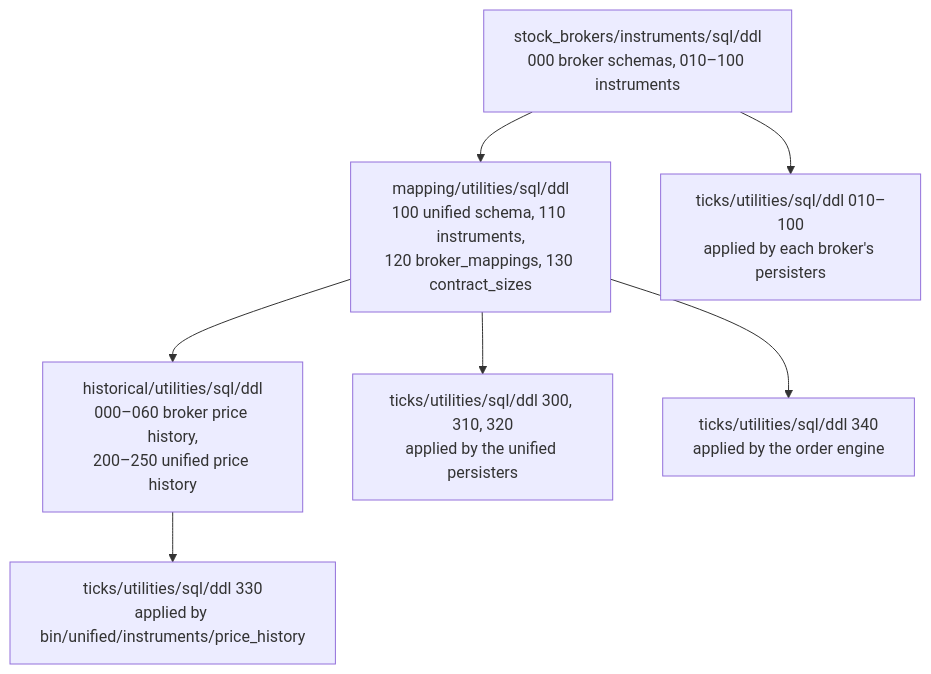
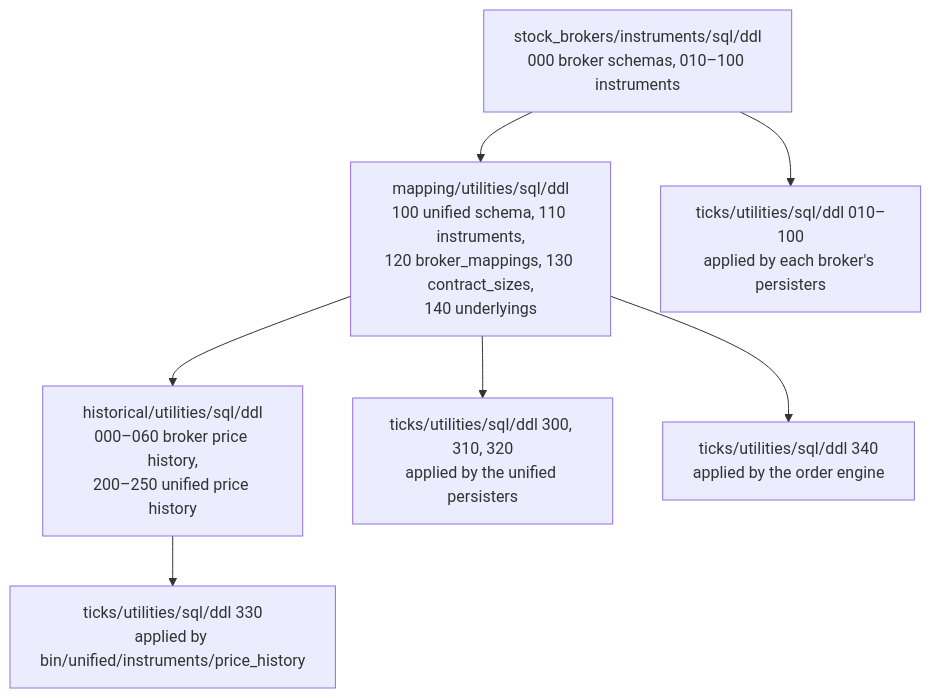
Before and after one commit to pramodathani/unified_broker_interface: the third of 3 diagrams in docs/architecture/database.md, drawn with Mermaid. The commit also changed other lines of this file and 13 other files, not shown here.

````diff
--- a/docs/architecture/database.md
+++ b/docs/architecture/database.md
@@ -269,9 +280,9 @@
 ```mermaid
 flowchart TD
-    A["stock_brokers/instruments/sql/ddl<br/>000 broker schemas, 010–100 instruments"] --> B["mapping/utilities/sql/ddl<br/>100 unified schema, 110 instruments,<br/>120 broker_mappings, 130 contract_sizes"]
+    A["stock_brokers/instruments/sql/ddl<br/>000 broker schemas, 010–100 instruments"] --> B["mapping/utilities/sql/ddl<br/>100 unified schema, 110 instruments,<br/>120 broker_mappings, 130 contract_sizes,<br/>140 underlyings"]
     B --> C["historical/utilities/sql/ddl<br/>000–060 broker price history,<br/>200–250 unified price history"]
     A --> D["ticks/utilities/sql/ddl 010–100<br/>applied by each broker's persisters"]
     B --> E["ticks/utilities/sql/ddl 300, 310, 320<br/>applied by the unified persisters"]
     C --> F["ticks/utilities/sql/ddl 330<br/>applied by bin/unified/instruments/price_history"]
     B --> G["ticks/utilities/sql/ddl 340<br/>applied by the order engine"]
 ```
````
